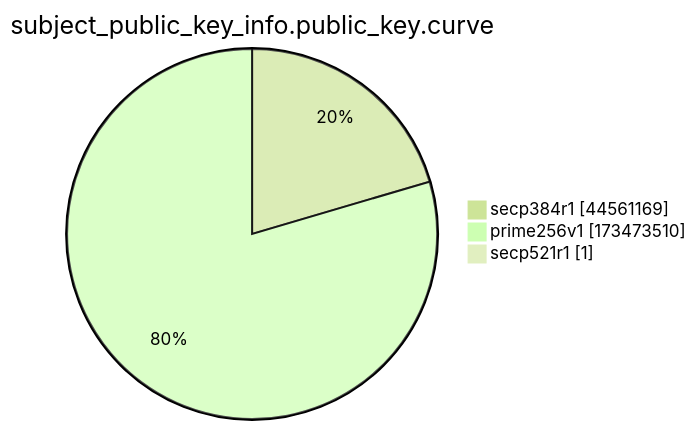
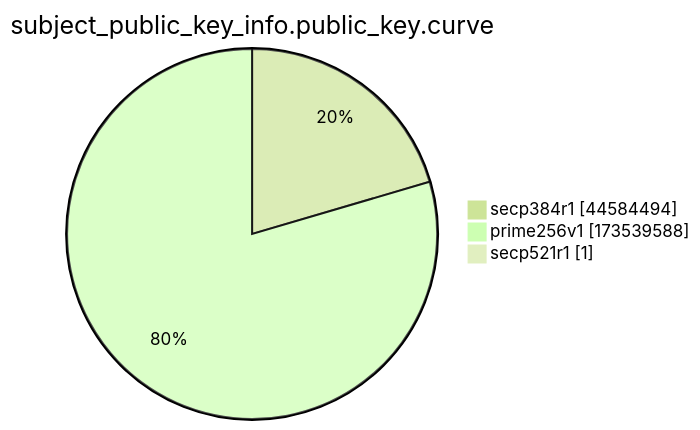
One commit to christiankrug/ctmonitor_visualization changed the ninth of 15 diagrams in xenon2022/README.md. Above: the diagram before and after it, drawn with Mermaid (forest theme). The commit also changed other lines of this file, not shown here.

````diff
--- a/xenon2022/README.md
+++ b/xenon2022/README.md
@@ -2871,7 +2871,7 @@
 ```mermaid
 pie showData
 title subject_public_key_info.public_key.curve
-"secp384r1" :44561169
-"prime256v1" :173473510
+"secp384r1" :44584494
+"prime256v1" :173539588
 "secp521r1" :1
 ```
````
